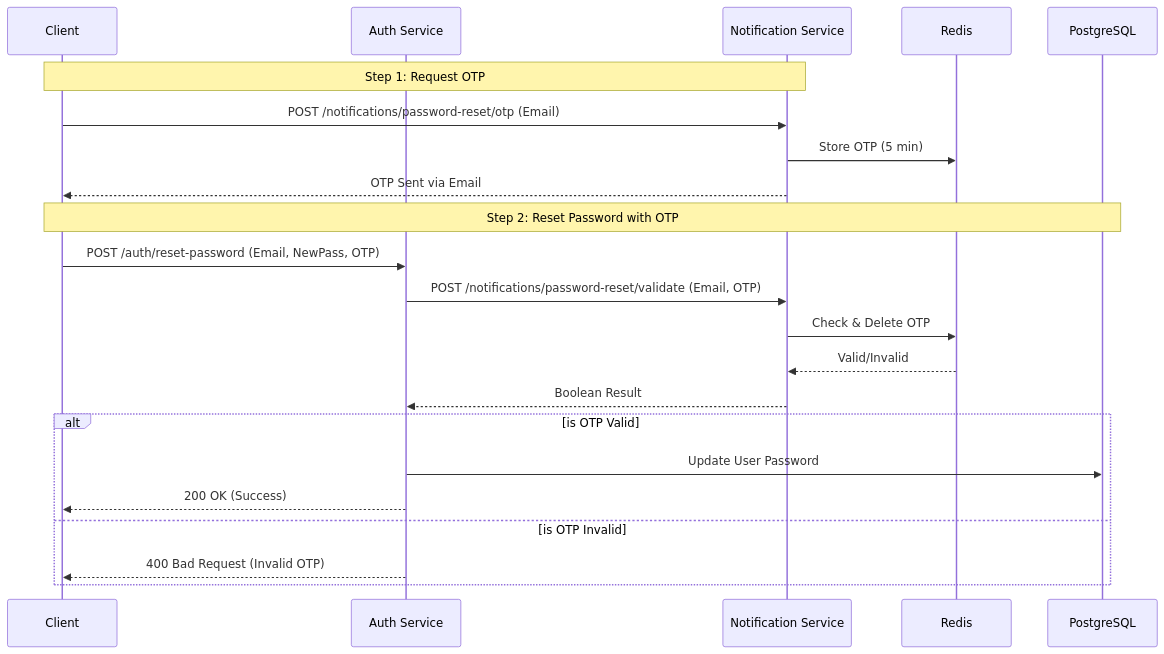
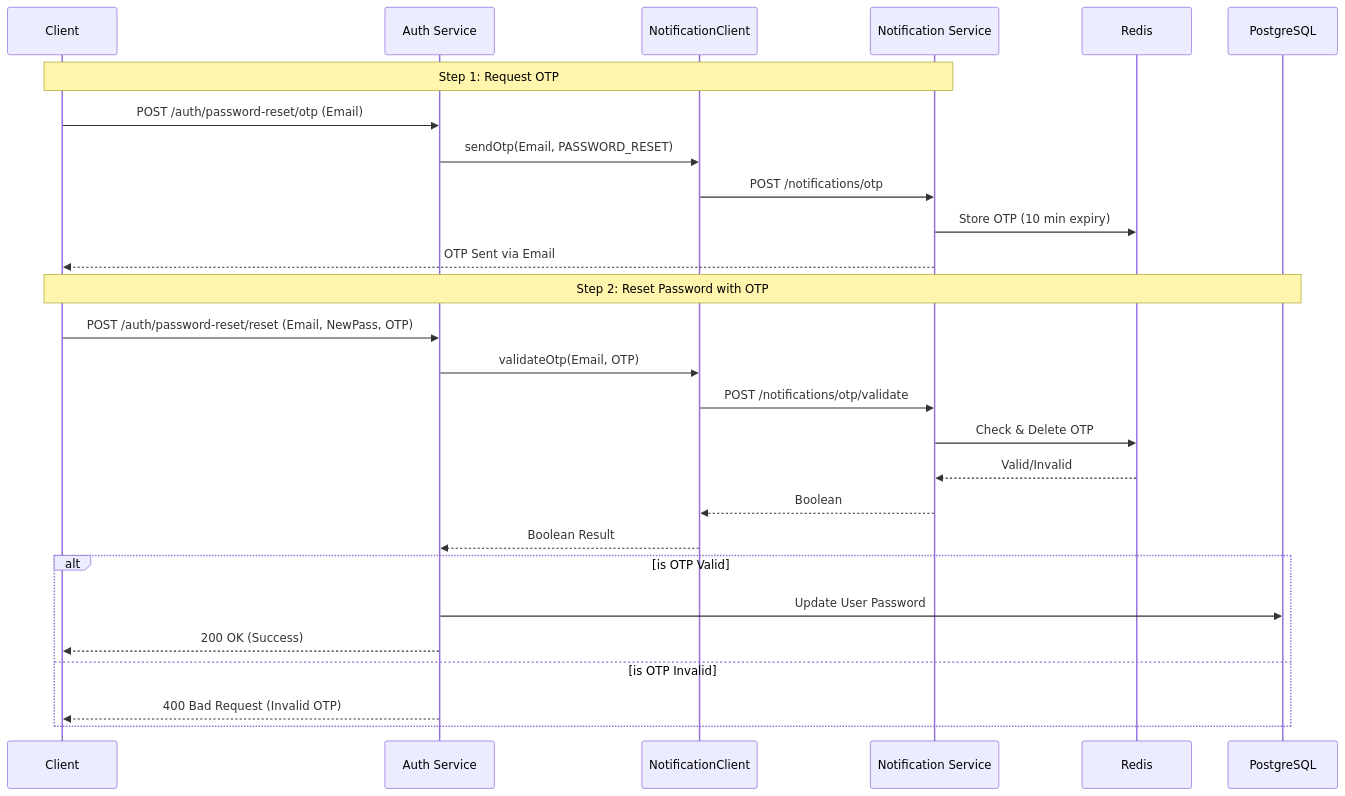
The diagram in uml/password-reset-integration.mermaid (ulthimanju/EHUB), drawn with Mermaid before and after one commit. The commit also changed 32 other files, not shown here.

First line of the commit message:
Refactor backend for maintainability and update UML diagrams

```diff
--- a/uml/password-reset-integration.mermaid
+++ b/uml/password-reset-integration.mermaid
@@ -1,25 +1,30 @@
 sequenceDiagram
     participant Client
     participant Auth as Auth Service
-    participant Notif as Notification Service
+    participant NotifClient as NotificationClient
+    participant NotifService as Notification Service
     participant Redis
     participant DB as PostgreSQL
 
-    Note over Client, Notif: Step 1: Request OTP
-    Client->>Notif: POST /notifications/password-reset/otp (Email)
-    Notif->>Redis: Store OTP (5 min)
-    Notif-->>Client: OTP Sent via Email
+    Note over Client, NotifService: Step 1: Request OTP
+    Client->>Auth: POST /auth/password-reset/otp (Email)
+    Auth->>NotifClient: sendOtp(Email, PASSWORD_RESET)
+    NotifClient->>NotifService: POST /notifications/otp
+    NotifService->>Redis: Store OTP (10 min expiry)
+    NotifService-->>Client: OTP Sent via Email
 
     Note over Client, DB: Step 2: Reset Password with OTP
-    Client->>Auth: POST /auth/reset-password (Email, NewPass, OTP)
-    Auth->>Notif: POST /notifications/password-reset/validate (Email, OTP)
-    Notif->>Redis: Check & Delete OTP
-    Redis-->>Notif: Valid/Invalid
-    Notif-->>Auth: Boolean Result
+    Client->>Auth: POST /auth/password-reset/reset (Email, NewPass, OTP)
+    Auth->>NotifClient: validateOtp(Email, OTP)
+    NotifClient->>NotifService: POST /notifications/otp/validate
+    NotifService->>Redis: Check & Delete OTP
+    Redis-->>NotifService: Valid/Invalid
+    NotifService-->>NotifClient: Boolean
+    NotifClient-->>Auth: Boolean Result
     
     alt is OTP Valid
         Auth->>DB: Update User Password
         Auth-->>Client: 200 OK (Success)
     else is OTP Invalid
         Auth-->>Client: 400 Bad Request (Invalid OTP)
     end
```
